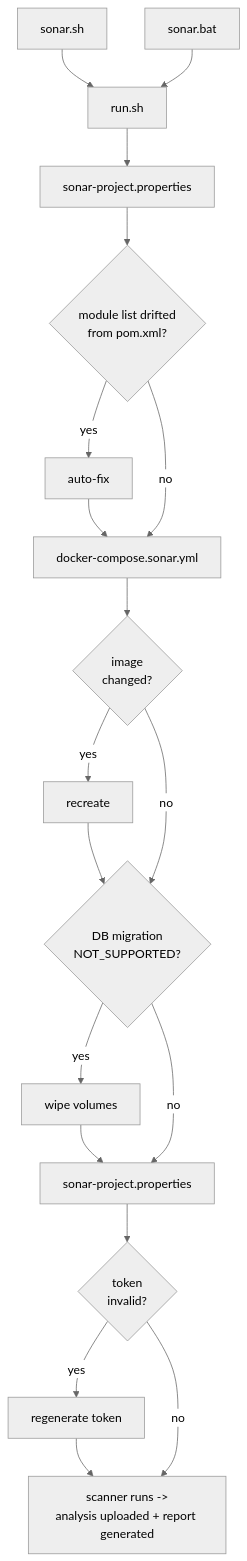
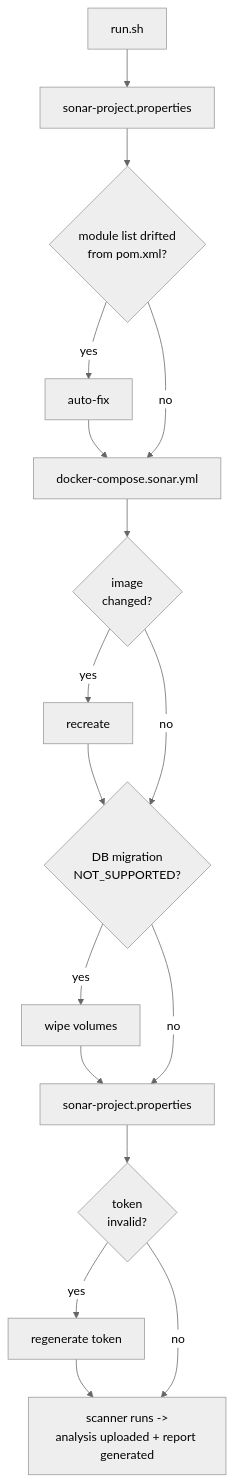
The diagram in scripts/sonar/README.md (OstMutant/Advertisement), drawn with Mermaid (neutral theme) before and after one commit. The commit also changed other lines of this file and 79 other files, not shown here.

````diff
--- a/scripts/sonar/README.md
+++ b/scripts/sonar/README.md
@@ -21,17 +13,16 @@
 ```mermaid
 flowchart TD
-    A1[sonar.sh] --> B[run.sh]
-    A2[sonar.bat] --> B
+    B[run.sh]
     B --> F1[sonar-project.properties]
     F1 --> H{"module list drifted<br/>from pom.xml?"}
     H -->|yes| H1[auto-fix] --> C
     H -->|no| C[docker-compose.sonar.yml]
     C --> D{"image<br/>changed?"}
     D -->|yes| D1[recreate] --> E
     D -->|no| E{"DB migration<br/>NOT_SUPPORTED?"}
     E -->|yes| E1[wipe volumes] --> F2
     E -->|no| F2[sonar-project.properties]
     F2 --> G{"token<br/>invalid?"}
     G -->|yes| G1[regenerate token] --> Z
     G -->|no| Z["scanner runs -><br/>analysis uploaded + report generated"]
 ```
````
